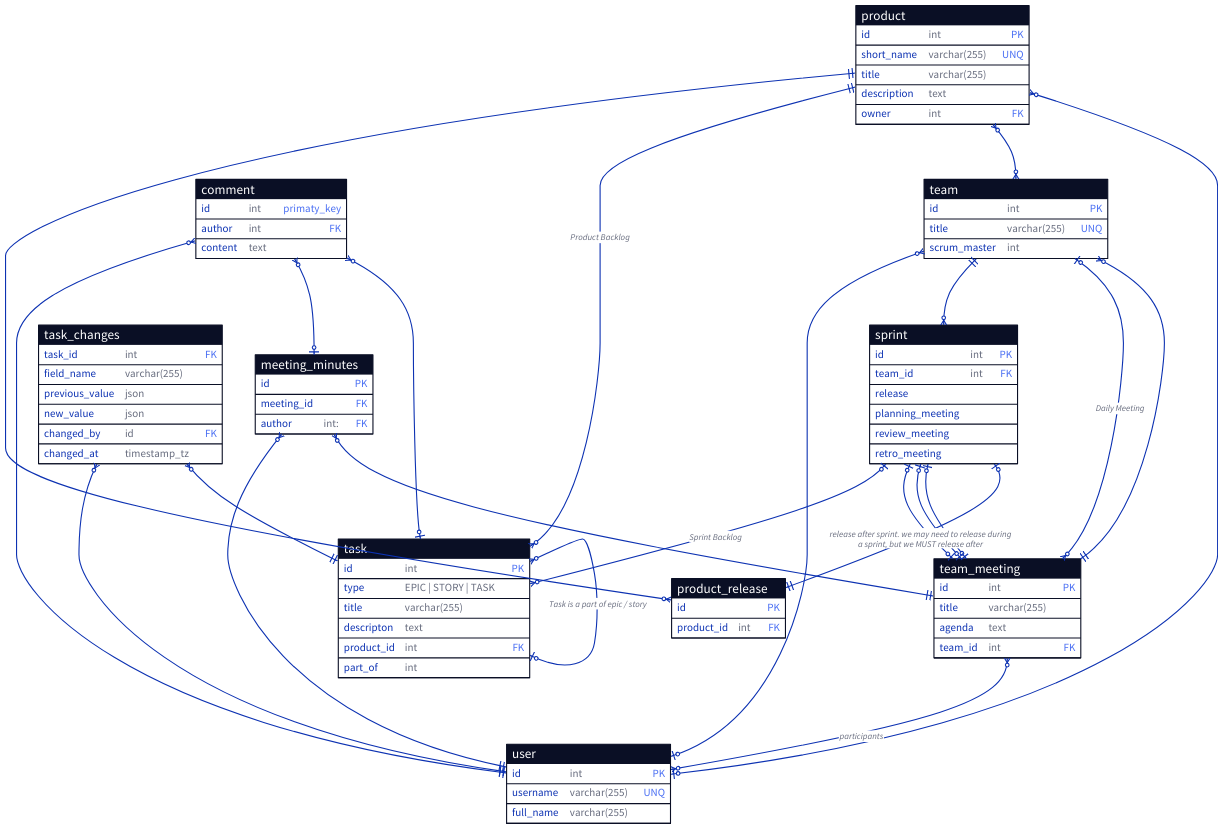
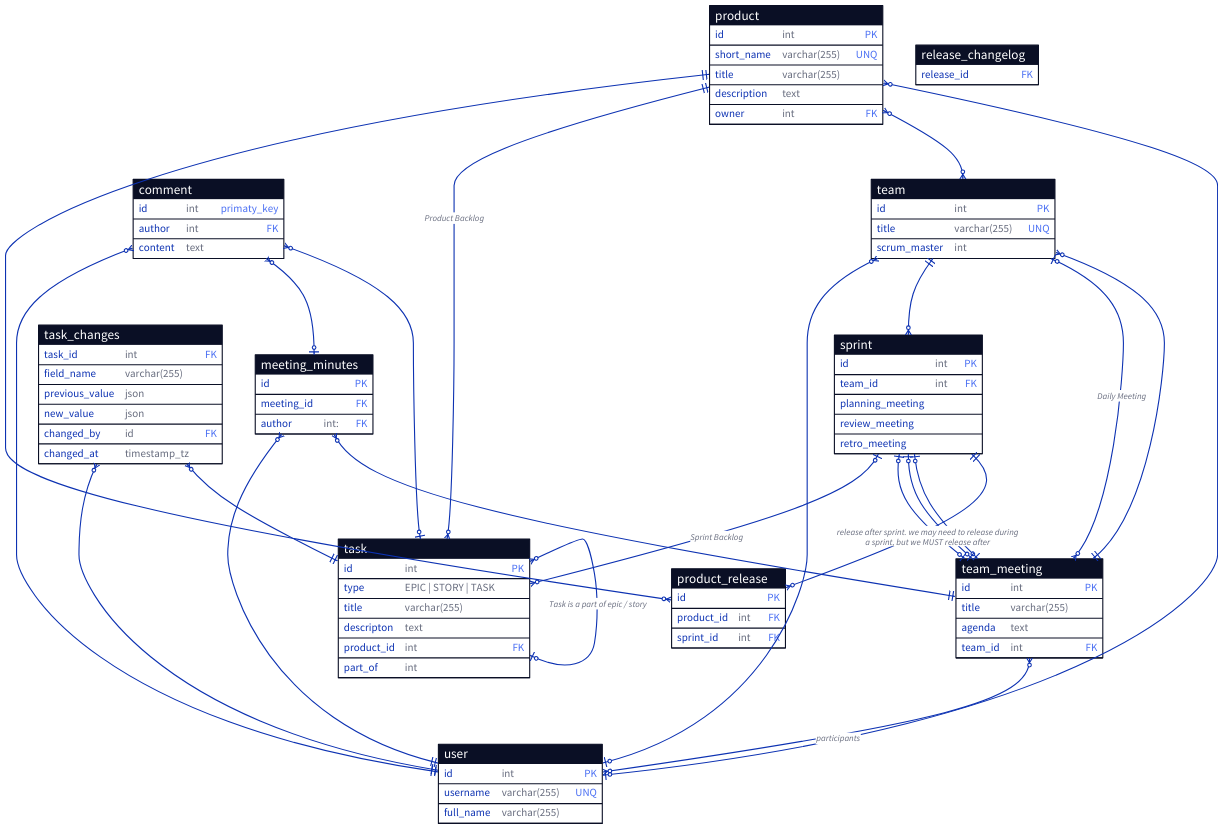
The diagram in docs/infological.d2 (forafox/Zadachnik), drawn with D2 before and after one commit.

Commit message:
fix release <-> spring relation

```diff
--- a/docs/infological.d2
+++ b/docs/infological.d2
@@ -53,14 +53,20 @@
   shape: sql_table
   id: {constraint: primary_key}
   product_id: int {constraint: foreign_key}
+  sprint_id: int {constraint: foreign_key}
 }
 
-sprint.release <-> product_release: {
+release_changelog: {
+  shape: sql_table
+  release_id: {constraint: foreign_key}
+}
+
+sprint <-> product_release.sprint_id: {
   source-arrowhead: {
-    shape: cf-one
+    shape: cf-one-required
   }
   target-arrowhead: {
-    shape: cf-one-required
+    shape: cf-many
   }
   label: "release after sprint. we may need to release during\na sprint, but we MUST release after"
 }
```
